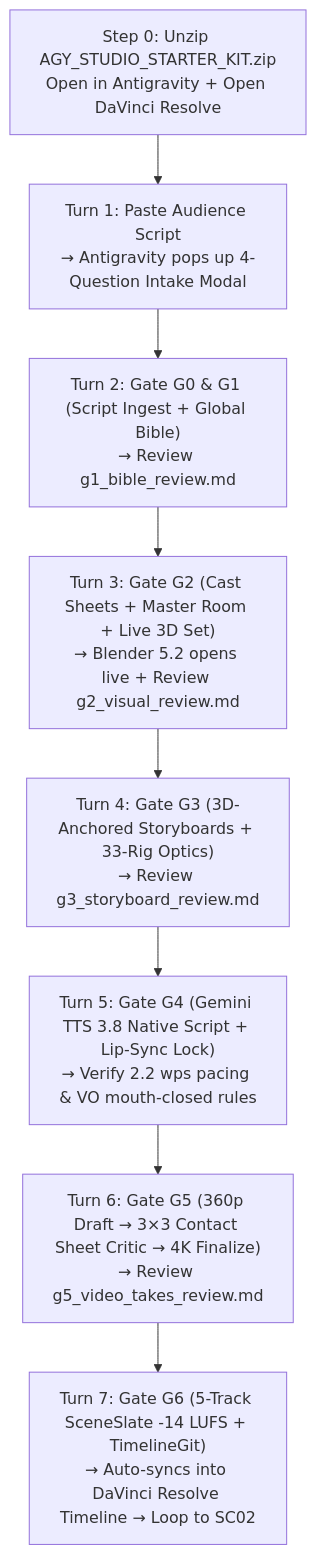
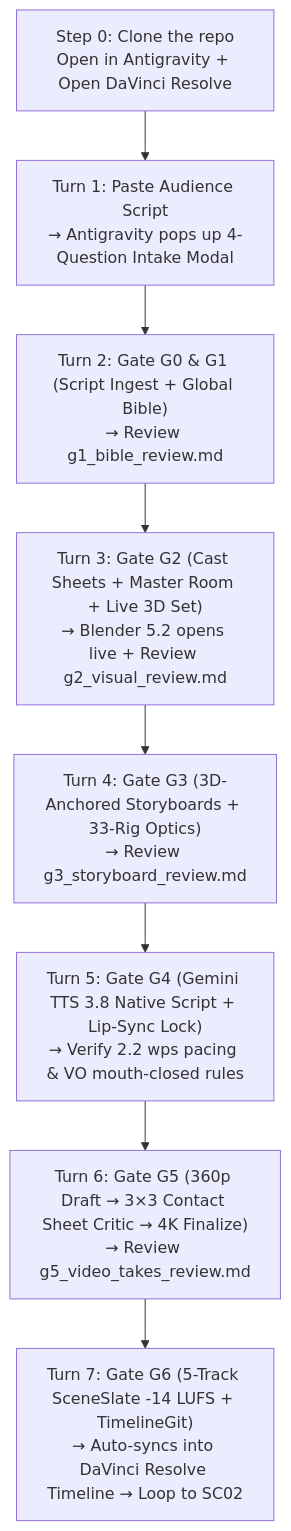
One commit to girishnair-source/ArgonCreativeWorkflow changed the diagram in LIVE_DEMO_RUNBOOK.md. Above: the diagram before and after it, drawn with Mermaid. The commit also changed other lines of this file and 27 other files, not shown here.

````diff
--- a/LIVE_DEMO_RUNBOOK.md
+++ b/LIVE_DEMO_RUNBOOK.md
@@ -46,10 +46,10 @@
 ```mermaid
 flowchart TD
-    S0["Step 0: Unzip AGY_STUDIO_STARTER_KIT.zip\nOpen in Antigravity + Open DaVinci Resolve"] --> T1["Turn 1: Paste Audience Script\n→ Antigravity pops up 4-Question Intake Modal"]
+    S0["Step 0: Clone the repo\nOpen in Antigravity + Open DaVinci Resolve"] --> T1["Turn 1: Paste Audience Script\n→ Antigravity pops up 4-Question Intake Modal"]
     T1 --> T2["Turn 2: Gate G0 & G1 (Script Ingest + Global Bible)\n→ Review g1_bible_review.md"]
     T2 --> T3["Turn 3: Gate G2 (Cast Sheets + Master Room + Live 3D Set)\n→ Blender 5.2 opens live + Review g2_visual_review.md"]
     T3 --> T4["Turn 4: Gate G3 (3D-Anchored Storyboards + 33-Rig Optics)\n→ Review g3_storyboard_review.md"]
     T4 --> T5["Turn 5: Gate G4 (Gemini TTS 3.8 Native Script + Lip-Sync Lock)\n→ Verify 2.2 wps pacing & VO mouth-closed rules"]
     T5 --> T6["Turn 6: Gate G5 (360p Draft → 3×3 Contact Sheet Critic → 4K Finalize)\n→ Review g5_video_takes_review.md"]
     T6 --> T7["Turn 7: Gate G6 (5-Track SceneSlate -14 LUFS + TimelineGit)\n→ Auto-syncs into DaVinci Resolve Timeline → Loop to SC02"]
 ```
````
